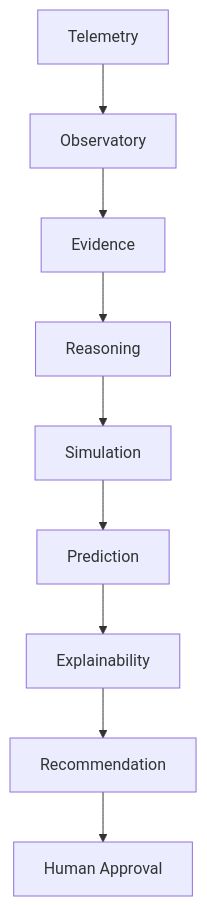
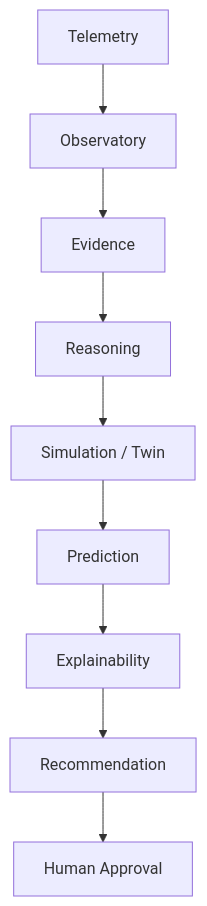
One commit to ShouryaVeggalam/AetherOS changed the first of 2 diagrams in docs/architecture.md. Above: the diagram before and after it, drawn with Mermaid. The commit also changed other lines of this file and 31 other files, not shown here.

````diff
--- a/docs/architecture.md
+++ b/docs/architecture.md
@@ -22,11 +33,11 @@
 ```mermaid
 flowchart TD
     T[Telemetry] --> O[Observatory]
     O --> Ev[Evidence]
     Ev --> R[Reasoning]
-    R --> S[Simulation]
+    R --> S[Simulation / Twin]
     S --> P[Prediction]
     P --> X[Explainability]
     X --> Rec[Recommendation]
     Rec --> H[Human Approval]
 ```
````
